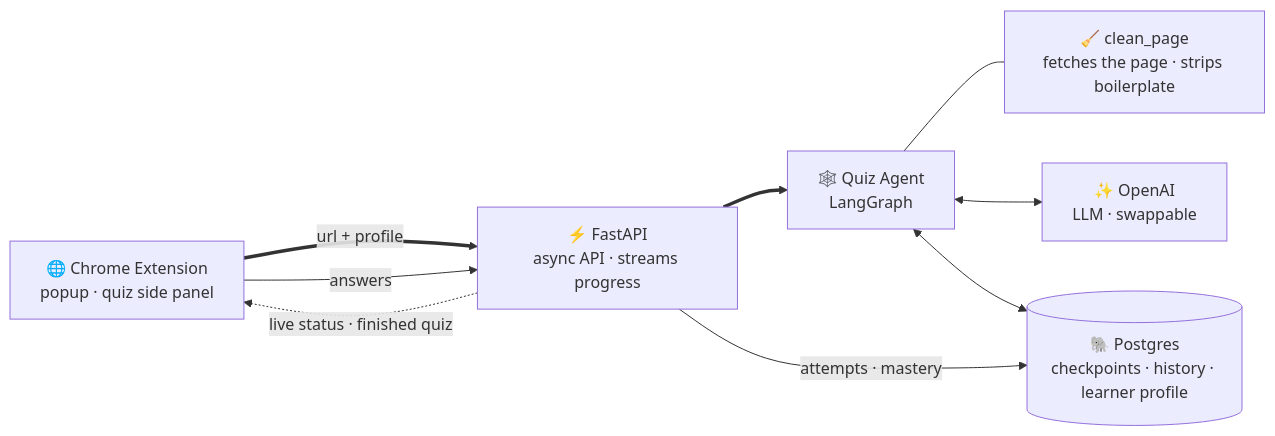
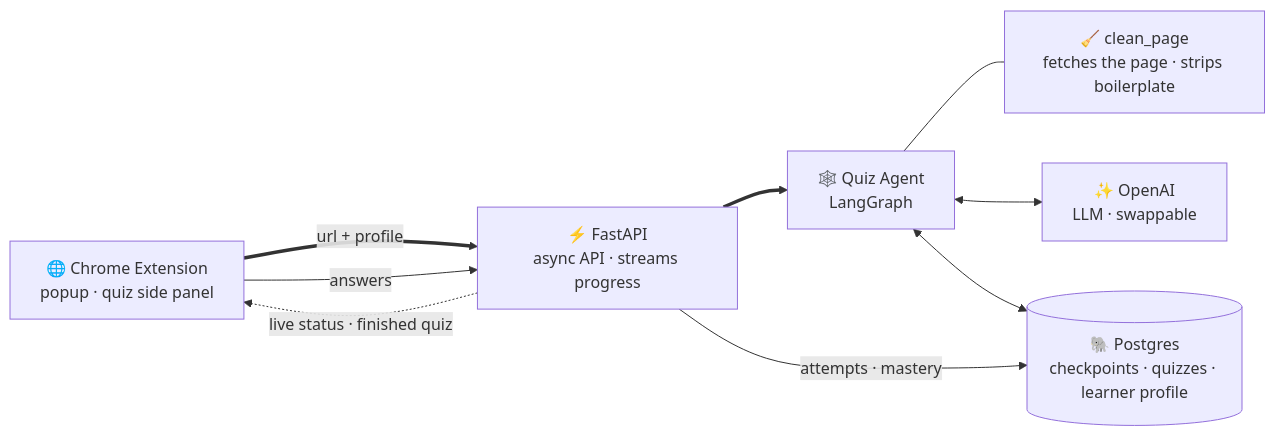
The first of 2 diagrams in README.md (bukunmialuko/hyris), drawn with Mermaid before and after one commit. The commit also changed other lines of this file and 44 other files, not shown here.

````diff
--- a/README.md
+++ b/README.md
@@ -90,18 +159,18 @@
 ```mermaid
 flowchart LR
   CHROME["🌐 Chrome Extension<br/>popup · quiz side panel"]
   API["⚡ FastAPI<br/>async API · streams progress"]
   AGENT["🕸️ Quiz Agent<br/>LangGraph"]
   TOOL["🧹 clean_page<br/>fetches the page · strips boilerplate"]
   LLM["✨ OpenAI<br/>LLM · swappable"]
-  DB[("🐘 Postgres<br/>checkpoints · history · learner profile")]
+  DB[("🐘 Postgres<br/>checkpoints · quizzes · learner profile")]
 
   CHROME == "url + profile" ==> API
   API -. "live status · finished quiz" .-> CHROME
   CHROME -- "answers" --> API
   API ==> AGENT
   AGENT --- TOOL
   AGENT <--> LLM
   AGENT <--> DB
   API -- "attempts · mastery" --> DB
 ```
````
